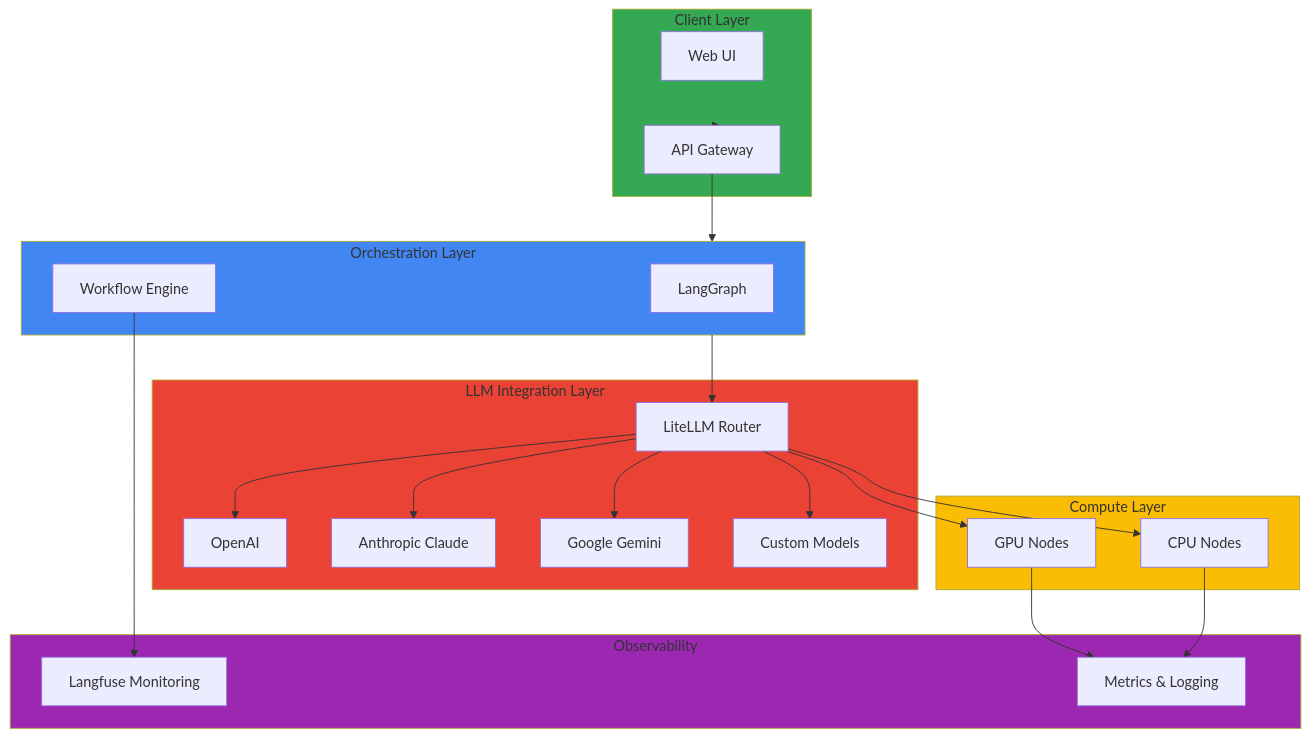
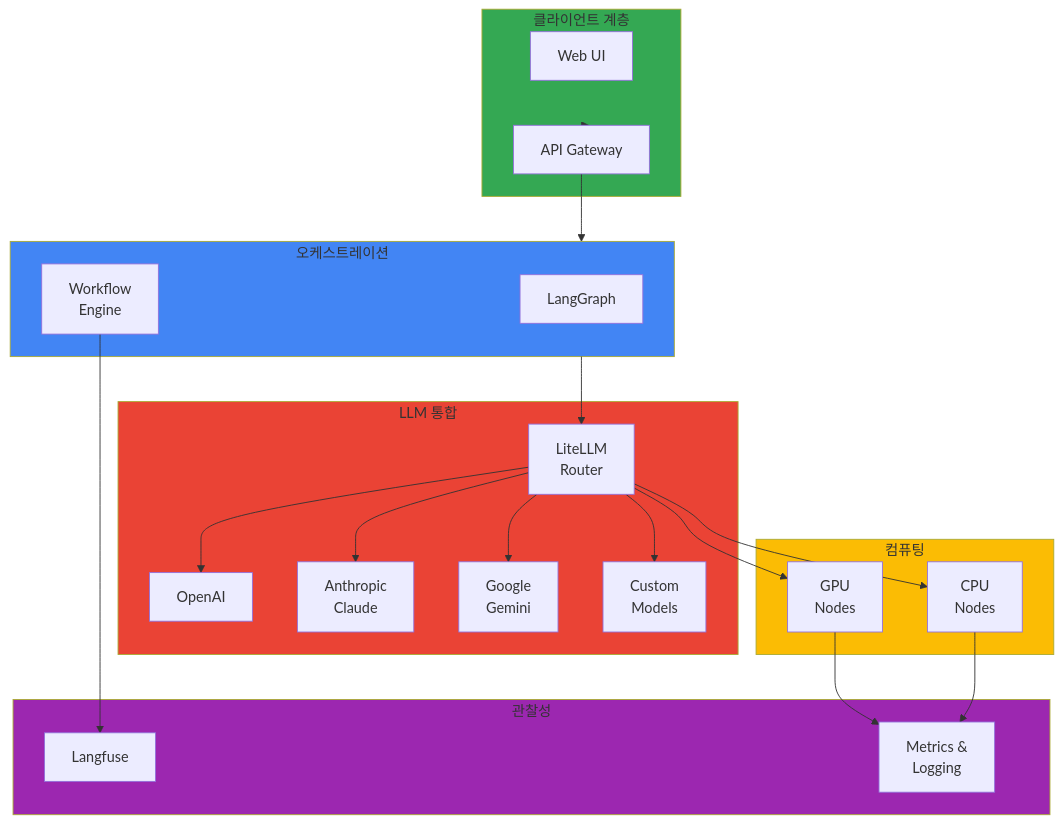
One commit to devfloor9/engineering-playbook changed the diagram in docs/agentic-ai-platform/index.md. Above: the diagram before and after it, drawn with Mermaid. The commit also changed other lines of this file and 24 other files, not shown here.

````diff
--- a/docs/agentic-ai-platform/index.md
+++ b/docs/agentic-ai-platform/index.md
@@ -77,49 +77,49 @@
 ```mermaid
-graph TB
-    subgraph Client["Client Layer"]
-        WebUI["Web UI"]
-        API["API Gateway"]
+flowchart TB
+    subgraph Client["클라이언트 계층"]
+        WebUI[Web UI]
+        APIGateway[API Gateway]
     end
-    
-    subgraph Orchestration["Orchestration Layer"]
-        LangGraph["LangGraph"]
-        Workflow["Workflow Engine"]
+
+    subgraph Orchestration["오케스트레이션"]
+        LangGraph[LangGraph]
+        Workflow[Workflow<br/>Engine]
     end
-    
-    subgraph LLMIntegration["LLM Integration Layer"]
-        LiteLLM["LiteLLM Router"]
-        OpenAI["OpenAI"]
-        Anthropic["Anthropic Claude"]
-        Google["Google Gemini"]
-        Custom["Custom Models"]
+
+    subgraph LLM["LLM 통합"]
+        LiteLLM[LiteLLM<br/>Router]
+        OpenAI[OpenAI]
+        Anthropic[Anthropic<br/>Claude]
+        Google[Google<br/>Gemini]
+        Custom[Custom<br/>Models]
     end
-    
-    subgraph Compute["Compute Layer"]
-        GPU["GPU Nodes"]
-        CPU["CPU Nodes"]
+
+    subgraph Compute["컴퓨팅"]
+        GPU[GPU<br/>Nodes]
+        CPU[CPU<br/>Nodes]
     end
-    
-    subgraph Observability["Observability"]
-        Langfuse["Langfuse Monitoring"]
-        Metrics["Metrics & Logging"]
+
+    subgraph Observability["관찰성"]
+        Langfuse[Langfuse]
+        Metrics[Metrics &<br/>Logging]
     end
-    
-    Client --> API
-    API --> Orchestration
+
+    Client --> APIGateway
+    APIGateway --> Orchestration
     Orchestration --> LiteLLM
     LiteLLM --> OpenAI
     LiteLLM --> Anthropic
     LiteLLM --> Google
     LiteLLM --> Custom
     LiteLLM --> GPU
     LiteLLM --> CPU
     Workflow --> Langfuse
     GPU --> Metrics
     CPU --> Metrics
-    
+
     style Client fill:#34a853
-    style Orchestration fill:#4286f4
-    style LLMIntegration fill:#ea4335
+    style Orchestration fill:#4285f4
+    style LLM fill:#ea4335
     style Compute fill:#fbbc04
     style Observability fill:#9c27b0
 ```
````
